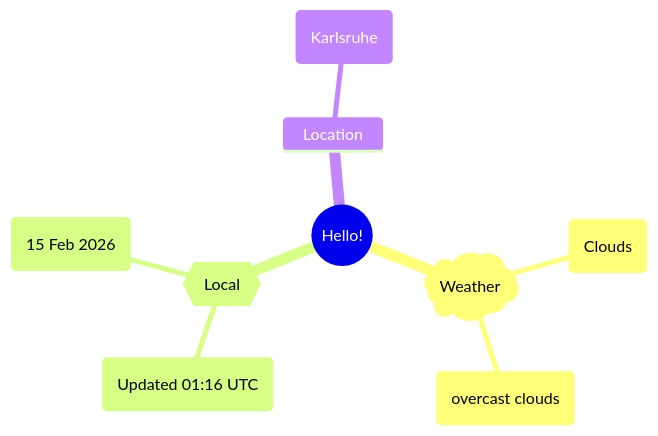
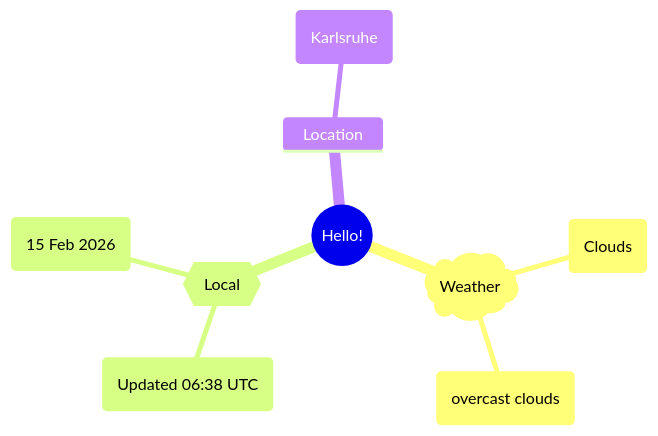
Before and after one commit to Xosrov/Xosrov: the first of 2 diagrams in README.md, drawn with Mermaid.

Commit message:
[bot] updated images

````diff
--- a/README.md
+++ b/README.md
@@ -3,12 +3,12 @@
 ```mermaid
 mindmap
   root((Hello!))
     )Weather(
         (Clouds)
         (overcast clouds)
     {{Local}}
-        (Updated 01:16 UTC)
+        (Updated 06:38 UTC)
         (15 Feb 2026)
     Location
         (Karlsruhe)
 ```
````
